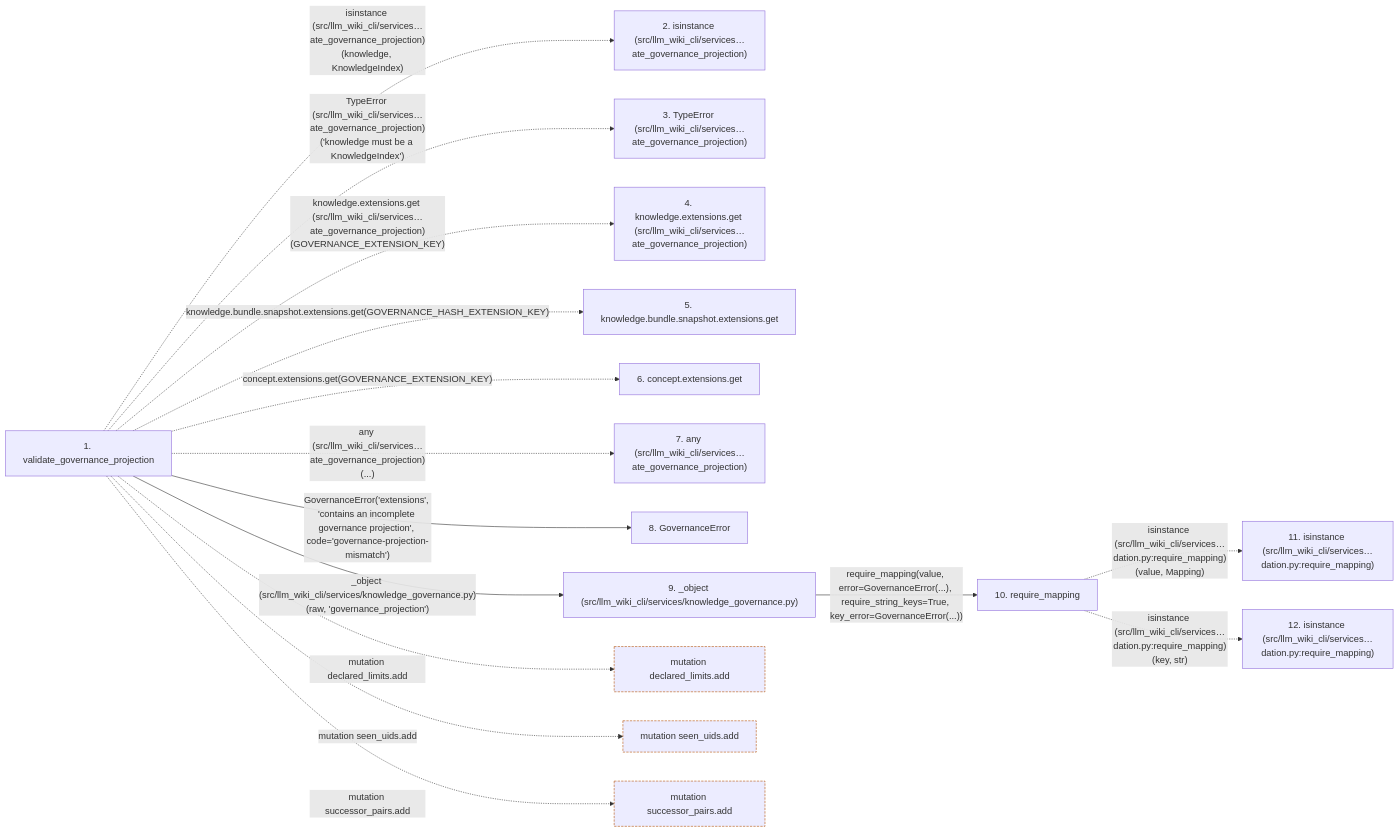
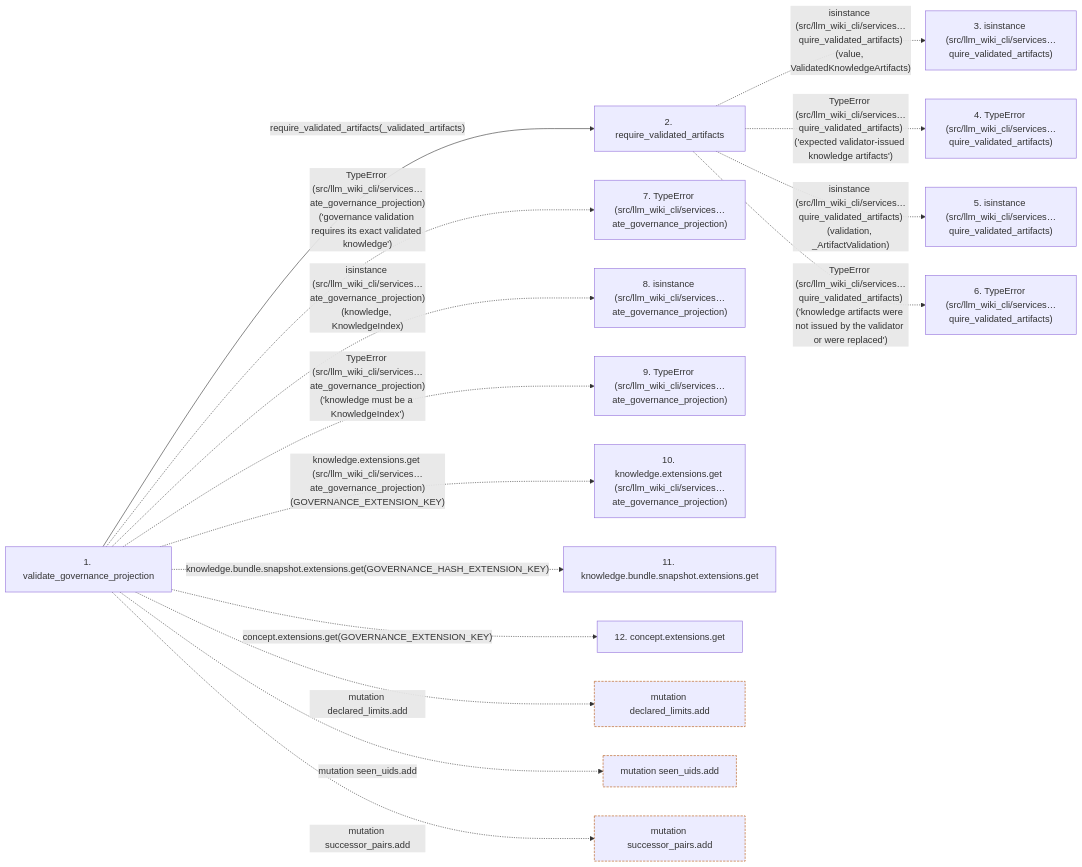
Before and after one commit to Denissvgn/python-wiki-llm: the second of 2 diagrams in docs/llm_wiki/flows/api-validate_governance_projection.md, drawn with Mermaid. The commit also changed other lines of this file and 363 other files, not shown here.

Commit message:
docs: refresh wiki for validated snapshot query reuse

````diff
--- a/docs/llm_wiki/flows/api-validate_governance_projection.md
+++ b/docs/llm_wiki/flows/api-validate_governance_projection.md
@@ -140,40 +141,38 @@
 ```mermaid
 flowchart LR
     s1["1. validate_governance_projection"]
-    s2["2. isinstance (src/llm_wiki_cli/services…ate_governance_projection)"]
-    s3["3. TypeError (src/llm_wiki_cli/services…ate_governance_projection)"]
-    s4["4. knowledge.extensions.get (src/llm_wiki_cli/services…ate_governance_projection)"]
-    s5["5. knowledge.bundle.snapshot.extensions.get"]
-    s6["6. concept.extensions.get"]
-    s7["7. any (src/llm_wiki_cli/services…ate_governance_projection)"]
-    s8["8. GovernanceError"]
-    s9["9. _object (src/llm_wiki_cli/services/knowledge_governance.py)"]
-    s10["10. require_mapping"]
-    s11["11. isinstance (src/llm_wiki_cli/services…dation.py:require_mapping)"]
-    s12["12. isinstance (src/llm_wiki_cli/services…dation.py:require_mapping)"]
-    s1 -. "isinstance (src/llm_wiki_cli/services…ate_governance_projection)(knowledge, KnowledgeIndex)" .-> s2
-    s1 -. "TypeError (src/llm_wiki_cli/services…ate_governance_projection)('knowledge must be a KnowledgeIndex')" .-> s3
-    s1 -. "knowledge.extensions.get (src/llm_wiki_cli/services…ate_governance_projection)(GOVERNANCE_EXTENSION_KEY)" .-> s4
-    s1 -. "knowledge.bundle.snapshot.extensions.get(GOVERNANCE_HASH_EXTENSION_KEY)" .-> s5
-    s1 -. "concept.extensions.get(GOVERNANCE_EXTENSION_KEY)" .-> s6
-    s1 -. "any (src/llm_wiki_cli/services…ate_governance_projection)(...)" .-> s7
-    s1 -->|"GovernanceError('extensions', 'contains an incomplete governance projection', code='governance-projection-mismatch')"| s8
-    s1 -->|"_object (src/llm_wiki_cli/services/knowledge_governance.py)(raw, 'governance_projection')"| s9
-    s9 -->|"require_mapping(value, error=GovernanceError(...), require_string_keys=True, key_error=GovernanceError(...))"| s10
-    s10 -. "isinstance (src/llm_wiki_cli/services…dation.py:require_mapping)(value, Mapping)" .-> s11
-    s10 -. "isinstance (src/llm_wiki_cli/services…dation.py:require_mapping)(key, str)" .-> s12
+    s2["2. require_validated_artifacts"]
+    s3["3. isinstance (src/llm_wiki_cli/services…quire_validated_artifacts)"]
+    s4["4. TypeError (src/llm_wiki_cli/services…quire_validated_artifacts)"]
+    s5["5. isinstance (src/llm_wiki_cli/services…quire_validated_artifacts)"]
+    s6["6. TypeError (src/llm_wiki_cli/services…quire_validated_artifacts)"]
+    s7["7. TypeError (src/llm_wiki_cli/services…ate_governance_projection)"]
+    s8["8. isinstance (src/llm_wiki_cli/services…ate_governance_projection)"]
+    s9["9. TypeError (src/llm_wiki_cli/services…ate_governance_projection)"]
+    s10["10. knowledge.extensions.get (src/llm_wiki_cli/services…ate_governance_projection)"]
+    s11["11. knowledge.bundle.snapshot.extensions.get"]
+    s12["12. concept.extensions.get"]
+    s1 -->|"require_validated_artifacts(_validated_artifacts)"| s2
+    s2 -. "isinstance (src/llm_wiki_cli/services…quire_validated_artifacts)(value, ValidatedKnowledgeArtifacts)" .-> s3
+    s2 -. "TypeError (src/llm_wiki_cli/services…quire_validated_artifacts)('expected validator-issued knowledge artifacts')" .-> s4
+    s2 -. "isinstance (src/llm_wiki_cli/services…quire_validated_artifacts)(validation, _ArtifactValidation)" .-> s5
+    s2 -. "TypeError (src/llm_wiki_cli/services…quire_validated_artifacts)('knowledge artifacts were not issued by the validator or were replaced')" .-> s6
+    s1 -. "TypeError (src/llm_wiki_cli/services…ate_governance_projection)('governance validation requires its exact validated knowledge')" .-> s7
+    s1 -. "isinstance (src/llm_wiki_cli/services…ate_governance_projection)(knowledge, KnowledgeIndex)" .-> s8
+    s1 -. "TypeError (src/llm_wiki_cli/services…ate_governance_projection)('knowledge must be a KnowledgeIndex')" .-> s9
+    s1 -. "knowledge.extensions.get (src/llm_wiki_cli/services…ate_governance_projection)(GOVERNANCE_EXTENSION_KEY)" .-> s10
+    s1 -. "knowledge.bundle.snapshot.extensions.get(GOVERNANCE_HASH_EXTENSION_KEY)" .-> s11
+    s1 -. "concept.extensions.get(GOVERNANCE_EXTENSION_KEY)" .-> s12
     b0["mutation declared_limits.add"]
     s1 -. "mutation declared_limits.add" .-> b0
     b1["mutation seen_uids.add"]
     s1 -. "mutation seen_uids.add" .-> b1
     b2["mutation successor_pairs.add"]
     s1 -. "mutation successor_pairs.add" .-> b2
     click s1 "../modules/knowledge_governance.md"
-    click s8 "../modules/knowledge_governance.md"
-    click s9 "../modules/knowledge_governance.md"
-    click s10 "../modules/validation.md"
+    click s2 "../modules/knowledge_artifacts.md"
     classDef boundary stroke:#b45309,stroke-dasharray: 4 2
     class b0 boundary
     class b1 boundary
     class b2 boundary
 ```
````
